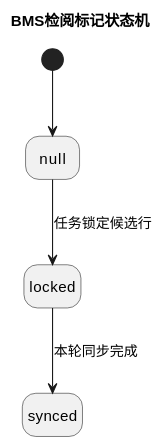
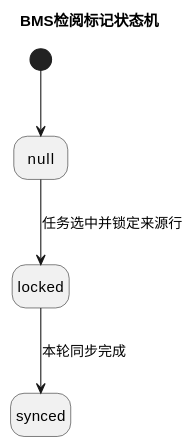
Before and after one commit to jack888332/projects-doc: the seventh of 20 diagrams in product-caliber/bms/prd/财务系统.PRD.md, drawn with PlantUML. The commit also changed other lines of this file and 1 other file, not shown here.

````diff
--- a/product-caliber/bms/prd/财务系统.PRD.md
+++ b/product-caliber/bms/prd/财务系统.PRD.md
@@ -954,14 +961,14 @@
 ```plantuml
 @startuml
 title BMS检阅标记状态机
 hide empty description
 
 state "null" as Unreviewed
 state "locked" as Locked
 state "synced" as Synced
 
 [*] --> Unreviewed
-Unreviewed --> Locked : 任务锁定候选行
+Unreviewed --> Locked : 任务选中并锁定来源行
 Locked --> Synced : 本轮同步完成
 @enduml
 ```
````
